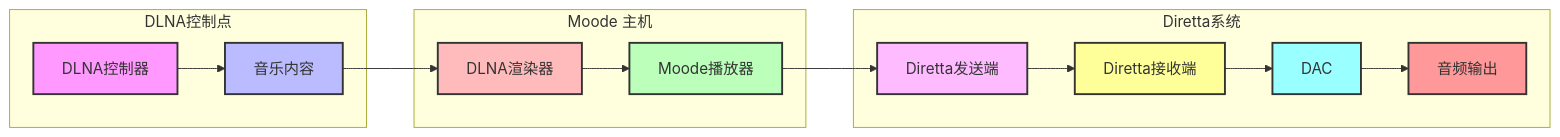
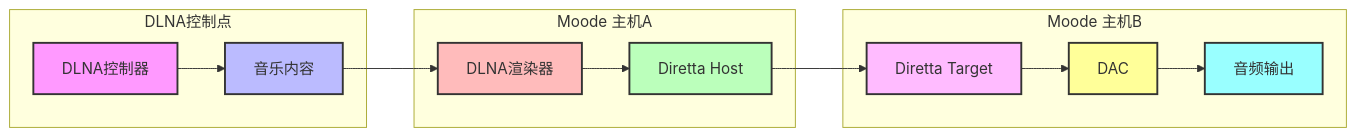
Before and after one commit to mslovecc/nanopim4: the diagram in README.md, drawn with Mermaid.

````diff
--- a/README.md
+++ b/README.md
@@ -4,22 +4,21 @@
 ```mermaid
 flowchart LR
     subgraph "DLNA控制点"
     A[DLNA控制器] --> B[音乐内容]
     end
-    subgraph "Moode 主机"
+    subgraph "Moode 主机A"
     B --> C[DLNA渲染器]
-    C --> D[Moode播放器]
+    C --> D[Diretta Host]
     end
-    subgraph "Diretta系统"
-    D --> E[Diretta发送端] --> F[Diretta接收端] --> G[DAC] --> H[音频输出]
+    subgraph "Moode 主机B"
+    D --> E[Diretta Target] --> F[DAC] --> G[音频输出]
     end
     
     style A fill:#f9f,stroke:#333,stroke-width:2px
     style B fill:#bbf,stroke:#333,stroke-width:2px
     style C fill:#fbb,stroke:#333,stroke-width:2px
     style D fill:#bfb,stroke:#333,stroke-width:2px
     style E fill:#fbf,stroke:#333,stroke-width:2px
     style F fill:#ff9,stroke:#333,stroke-width:2px
     style G fill:#9ff,stroke:#333,stroke-width:2px
-    style H fill:#f99,stroke:#333,stroke-width:2px
 ```
````
